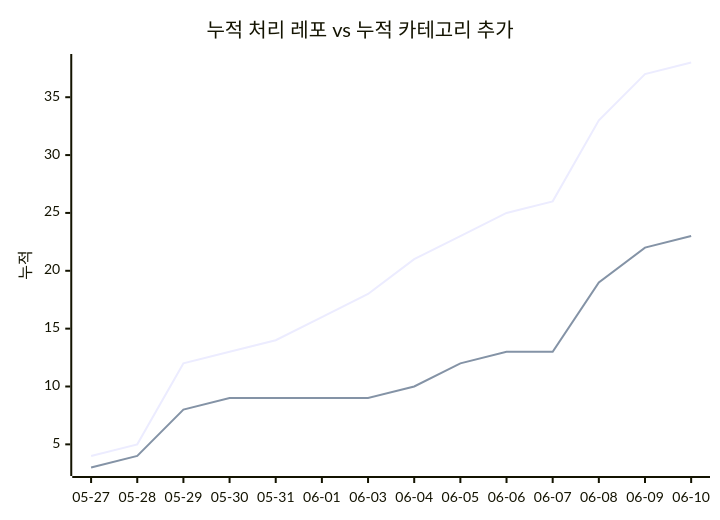
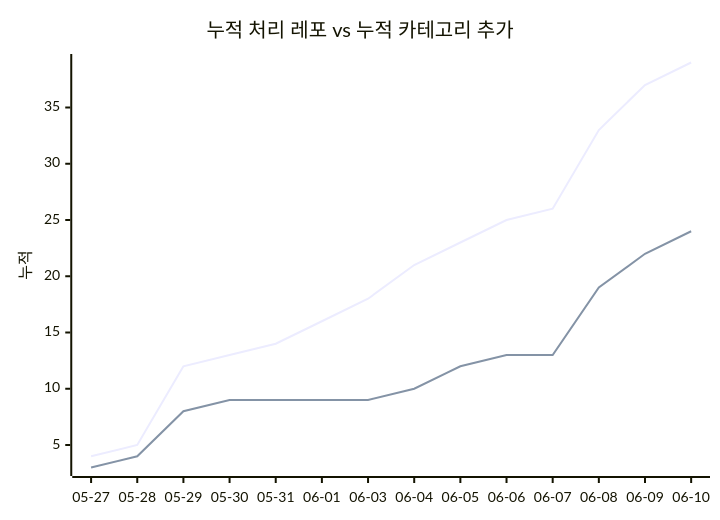
The second of 2 diagrams in docs/trends.md (J-nowcow/awesome-korean-agent-skills), drawn with Mermaid before and after one commit. The commit also changed other lines of this file and 4 other files, not shown here.

````diff
--- a/docs/trends.md
+++ b/docs/trends.md
@@ -68,8 +68,8 @@
 ```mermaid
 xychart-beta
     title "누적 처리 레포 vs 누적 카테고리 추가"
     x-axis ["05-27","05-28","05-29","05-30","05-31","06-01","06-03","06-04","06-05","06-06","06-07","06-08","06-09","06-10"]
     y-axis "누적"
-    line [4,5,12,13,14,16,18,21,23,25,26,33,37,38]
-    line [3,4,8,9,9,9,9,10,12,13,13,19,22,23]
+    line [4,5,12,13,14,16,18,21,23,25,26,33,37,39]
+    line [3,4,8,9,9,9,9,10,12,13,13,19,22,24]
 ```
````
